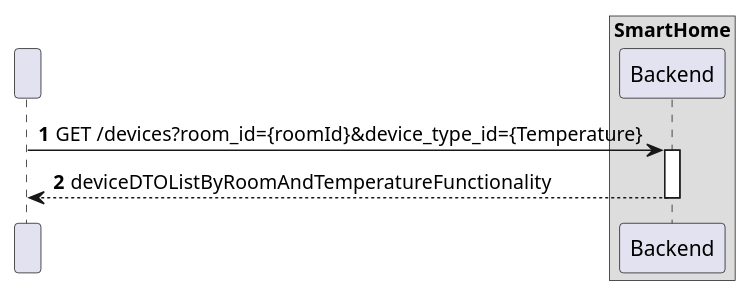
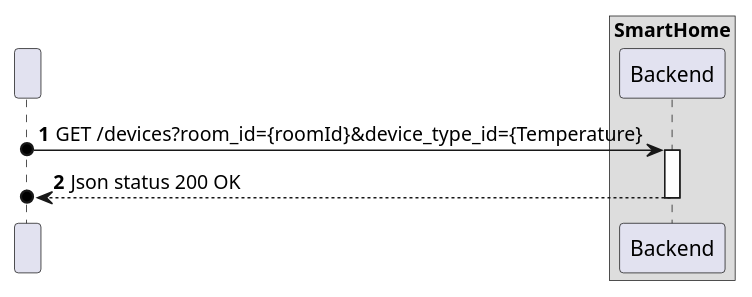
Before and after one commit to olivDiogo/SmartHome: the diagram in docs/ooa/C4_4plus1_models/Level2/ProcessView/ProcessViewLevel2_UC12.puml, drawn with PlantUML. The commit also changed 5 other files, not shown here.

```diff
--- a/docs/ooa/C4_4plus1_models/Level2/ProcessView/ProcessViewLevel2_UC12.puml
+++ b/docs/ooa/C4_4plus1_models/Level2/ProcessView/ProcessViewLevel2_UC12.puml
@@ -1,21 +1,21 @@
 @startuml
 'https://plantuml.com/sequence-diagram
 
 !pragma layout smetana
 
 autonumber
 
 participant " " as HTTP
 
 box "SmartHome"
     participant "Backend" as BE
 
 end box
 
-HTTP -> BE : GET /devices?room_id={roomId}&device_type_id={Temperature}
+HTTP o-> BE : GET /devices?room_id={roomId}&device_type_id={Temperature}
 activate BE
 
-BE --> HTTP : deviceDTOListByRoomAndTemperatureFunctionality
+BE -->o HTTP : Json status 200 OK
 deactivate BE
 
 @enduml
```
